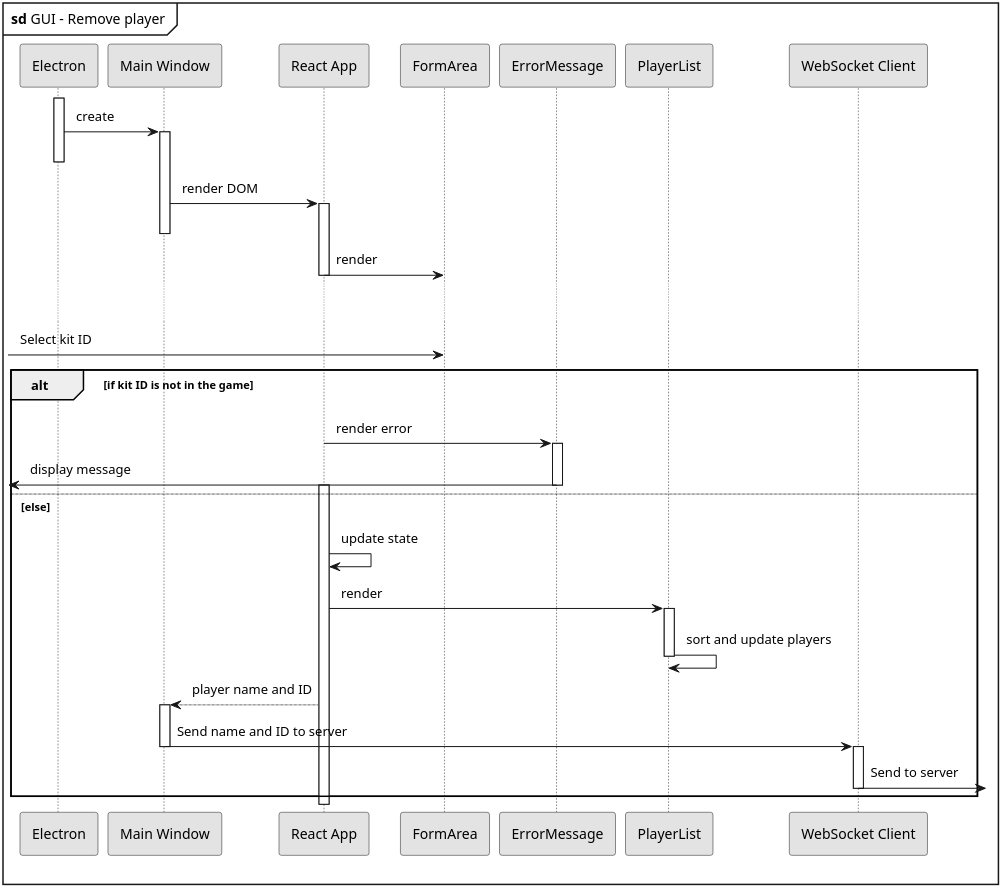
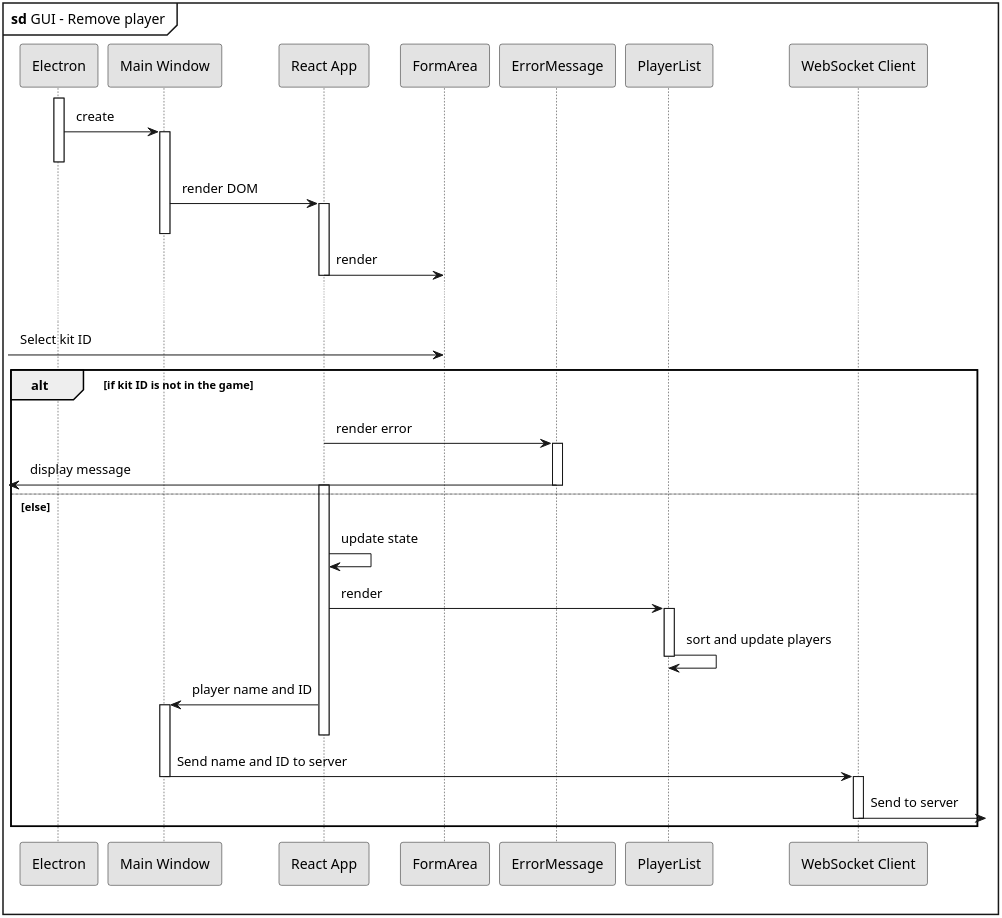
Before and after one commit to LasseKrarup/Laser-Tag-Project: the diagram in PlantUML/src/GUIsdRemovePlayer.plantuml, drawn with PlantUML. The commit also changed 3 other files, not shown here.

Commit message:
Update to GUI plantuml Diagrams

```diff
--- a/PlantUML/src/GUIsdRemovePlayer.plantuml
+++ b/PlantUML/src/GUIsdRemovePlayer.plantuml
@@ -1,48 +1,50 @@
 @startuml GUIsdRemovePlayer
 
 skinparam {
     monochrome true
     dpi 300
     padding 5
     packageStyle rectangle
     packageStyle frame
     shadowing false
 }
 
 mainframe **sd** GUI - Remove player
 
     participant Electron
     participant "Main Window" as main
     participant "React App" as react
     participant "FormArea" as form
     participant "ErrorMessage" as error
     participant "PlayerList" as players
     participant "WebSocket Client" as ws
 
     activate Electron
     Electron -> main++: create
     deactivate Electron
     main -> react++: render DOM
     deactivate main
     react -> form--: render
     ...
     [->form: Select kit ID
 
     alt if kit ID is not in the game
         react -> error++: render error
         [<-error: display message
         deactivate error
     else else
         activate react
         react -> react: update state
         react -> players++: render
         players -> players--: sort and update players
-        react --> main++: player name and ID
+        react -> main++: player name and ID
+        deactivate react
         main -> ws: Send name and ID to server
         deactivate main
         activate ws
         ws ->]: Send to server
+        
         deactivate ws
     end
 
 @enduml
```
